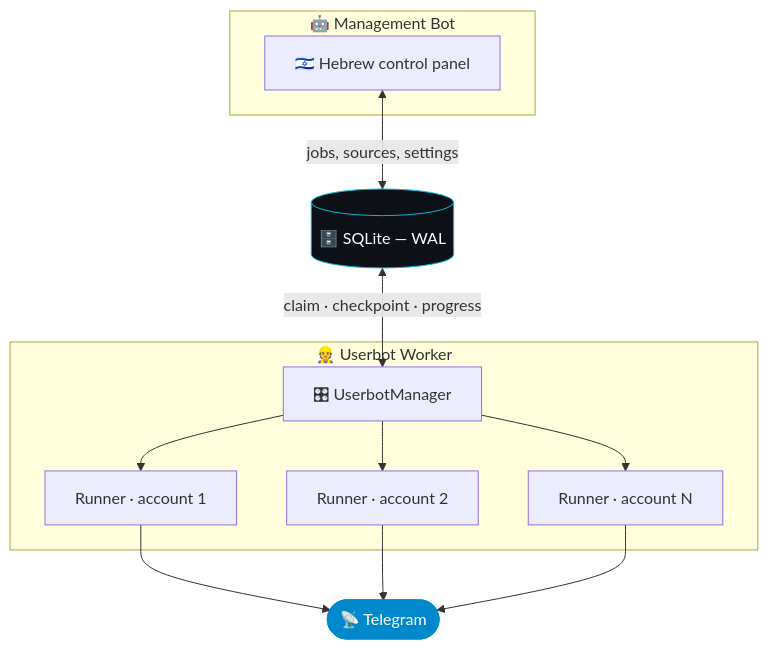
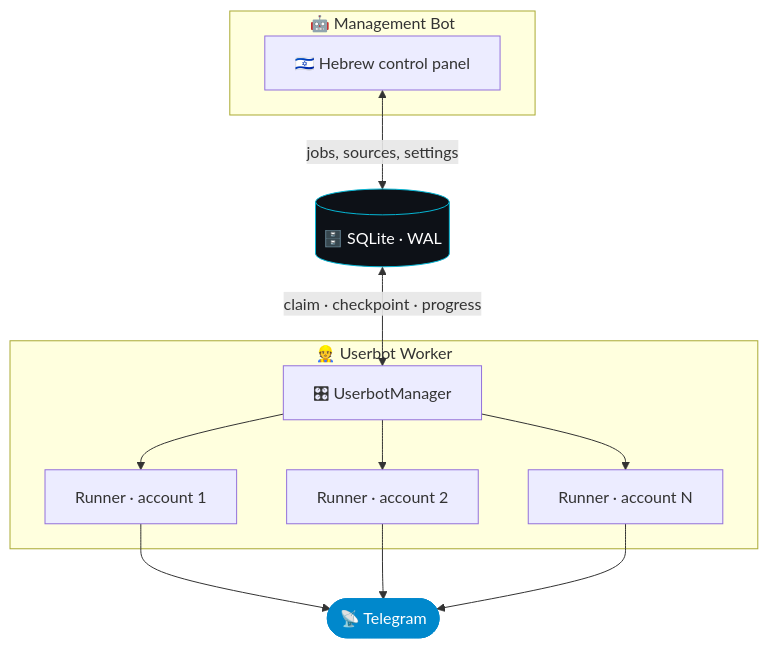
Before and after one commit to Omer-Dahan/MirrioX-Sync: the first of 4 diagrams in README.md, drawn with Mermaid. The commit also changed other lines of this file and 21 other files, not shown here.

Commit message:
feat: implement core architecture including repository layer, bot command handlers, job worker, and management services.

````diff
--- a/README.md
+++ b/README.md
@@ -148,24 +148,24 @@
 ```mermaid
 graph TD
     subgraph BOT["🤖 Management Bot"]
         UI["🇮🇱 Hebrew control panel"]
     end
 
-    DB[("🗄️ SQLite — WAL")]
+    DB[("🗄️ SQLite · WAL")]
 
     subgraph WORKER["👷 Userbot Worker"]
         M["🎛 UserbotManager"]
         M --> R1["Runner · account 1"]
         M --> R2["Runner · account 2"]
         M --> R3["Runner · account N"]
     end
 
     UI <-->|"jobs, sources, settings"| DB
     DB <-->|"claim · checkpoint · progress"| M
     R1 --> TG(["📡 Telegram"])
     R2 --> TG
     R3 --> TG
 
     style DB fill:#0D1117,stroke:#06B6D4,color:#fff
     style TG fill:#0088CC,stroke:#0088CC,color:#fff
 ```
````
